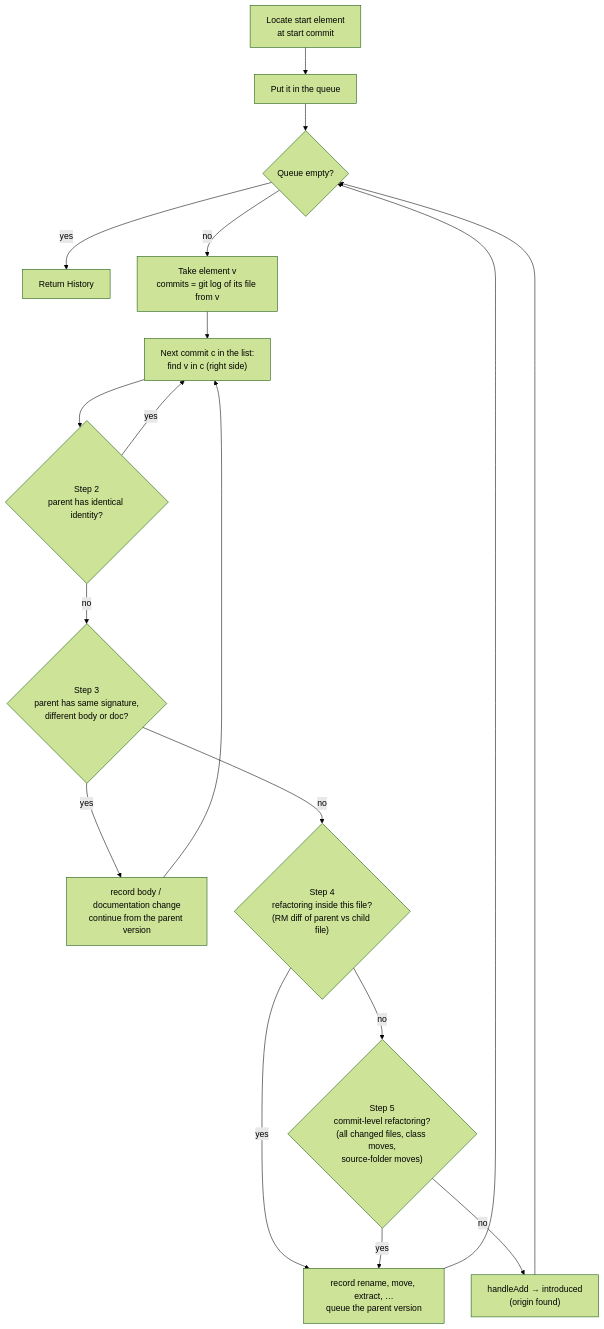
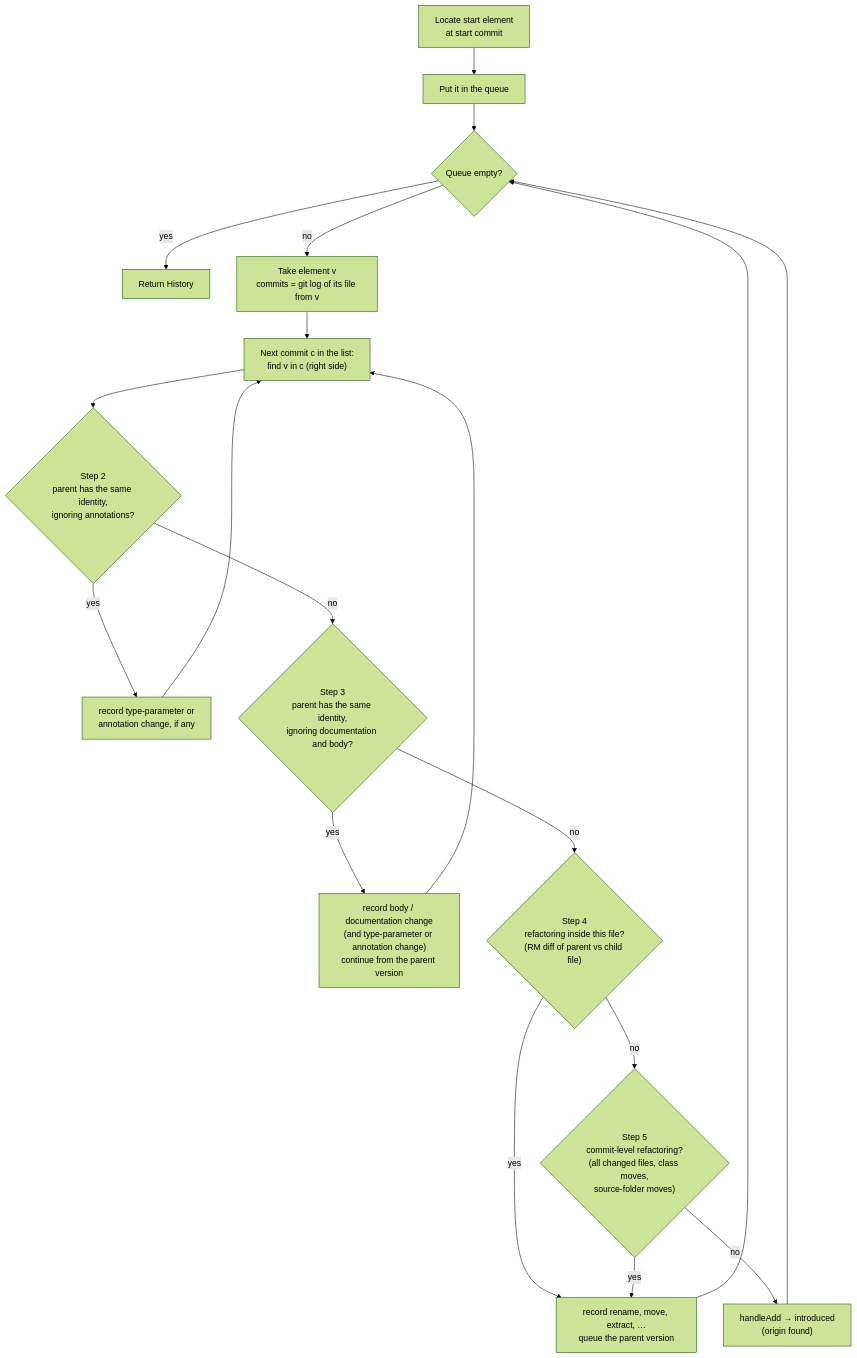
One commit to parinaz-st/code-tracker changed the first of 2 diagrams in docs/architecture/03-tracking-algorithm.md. Above: the diagram before and after it, drawn with Mermaid (forest theme). The commit also changed other lines of this file and 8 other files, not shown here.

First line of the commit message:
Correct the architecture docs against the code and drop ADR 0002

````diff
--- a/docs/architecture/03-tracking-algorithm.md
+++ b/docs/architecture/03-tracking-algorithm.md
@@ -7,17 +7,17 @@
 ```mermaid
 flowchart TD
     S["Locate start element<br/>at start commit"] --> Q["Put it in the queue"]
     Q --> P{"Queue empty?"}
     P -- yes --> E["Return History"]
     P -- no --> C["Take element v<br/>commits = git log of its file from v"]
     C --> N["Next commit c in the list:<br/>find v in c (right side)"]
-    N --> S2{"Step 2<br/>parent has identical identity?"}
-    S2 -- yes --> N
-    S2 -- no --> S3{"Step 3<br/>parent has same signature,<br/>different body or doc?"}
-    S3 -- yes --> R1["record body / documentation change<br/>continue from the parent version"] --> N
+    N --> S2{"Step 2<br/>parent has the same identity,<br/>ignoring annotations?"}
+    S2 -- yes --> R0["record type-parameter or<br/>annotation change, if any"] --> N
+    S2 -- no --> S3{"Step 3<br/>parent has the same identity,<br/>ignoring documentation and body?"}
+    S3 -- yes --> R1["record body / documentation change<br/>(and type-parameter or annotation change)<br/>continue from the parent version"] --> N
     S3 -- no --> S4{"Step 4<br/>refactoring inside this file?<br/>(RM diff of parent vs child file)"}
     S4 -- yes --> R2["record rename, move, extract, …<br/>queue the parent version"] --> P
     S4 -- no --> S5{"Step 5<br/>commit-level refactoring?<br/>(all changed files, class moves,<br/>source-folder moves)"}
     S5 -- yes --> R2
     S5 -- no --> A["handleAdd → introduced<br/>(origin found)"] --> P
 ```
````
